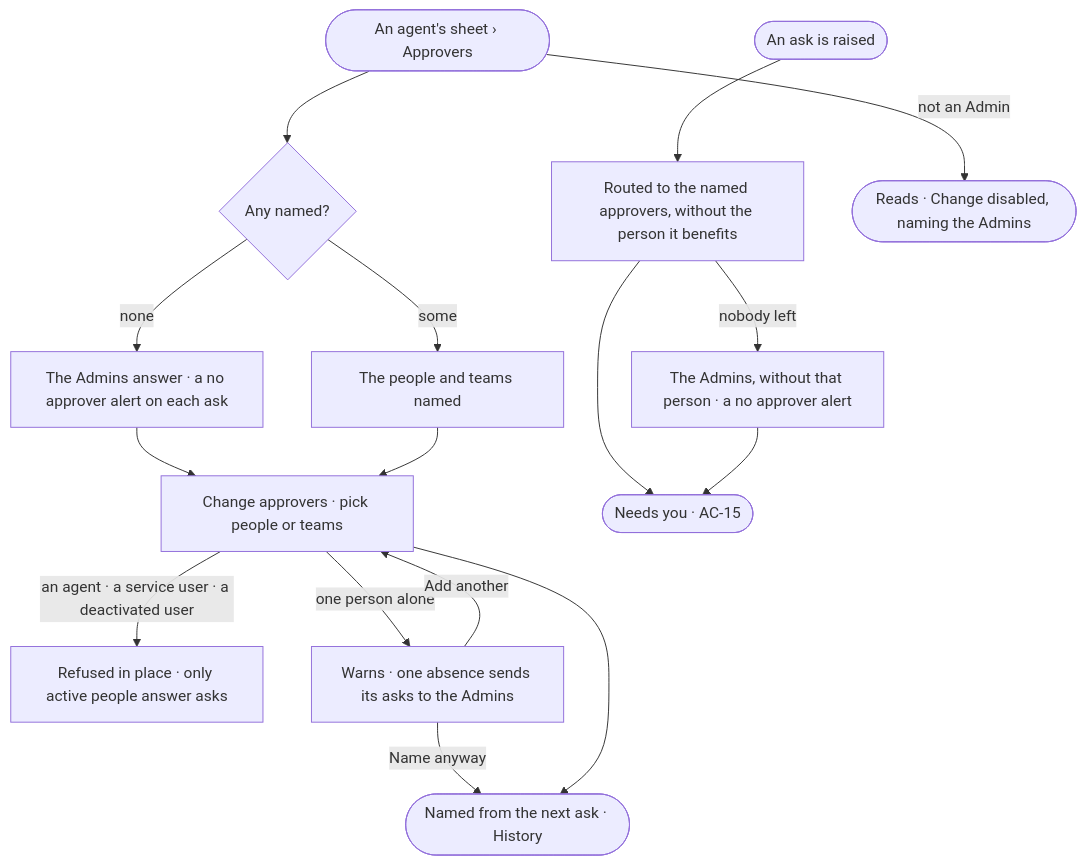
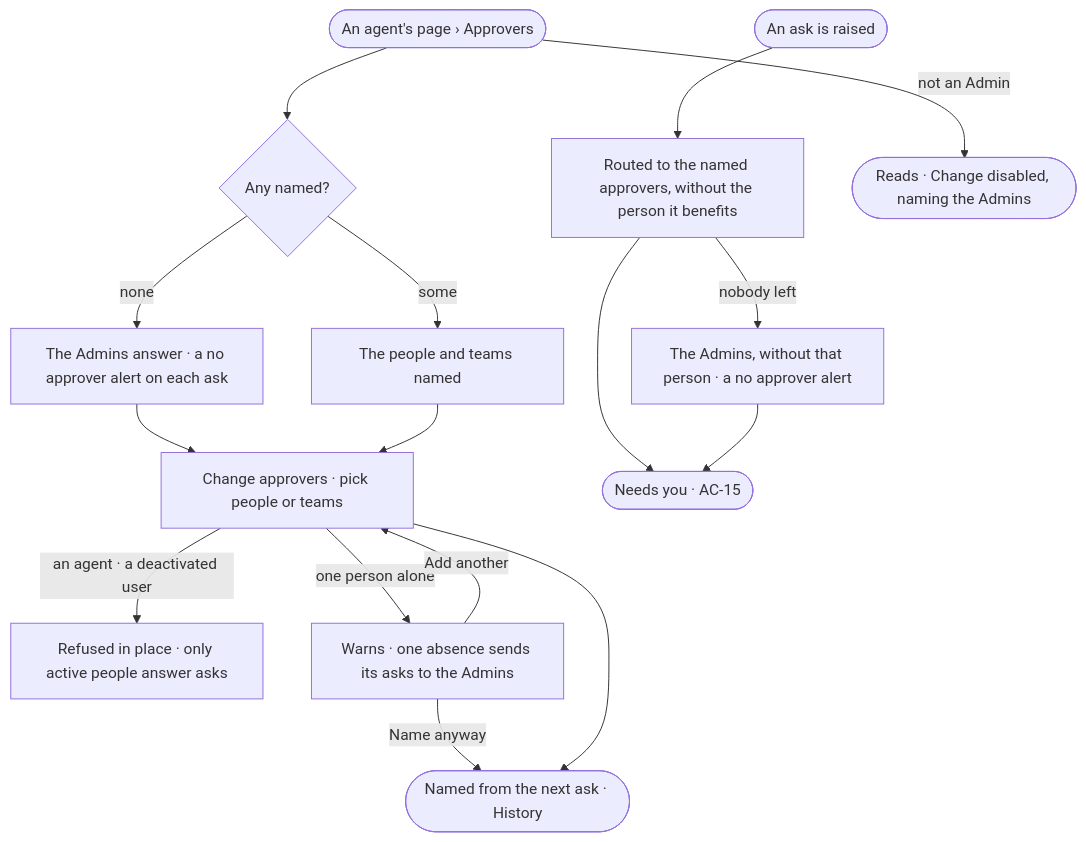
Before and after one commit to invana/invana: the diagram in specs/os/access/features/AC-F05-asks-and-approvals/stories/AC-26-name-who-answers-an-agents-asks/story.md, drawn with Mermaid. The commit also changed other lines of this file and 456 other files, not shown here.

````diff
--- a/specs/os/access/features/AC-F05-asks-and-approvals/stories/AC-26-name-who-answers-an-agents-asks/story.md
+++ b/specs/os/access/features/AC-F05-asks-and-approvals/stories/AC-26-name-who-answers-an-agents-asks/story.md
@@ -26,18 +28,18 @@
 ```mermaid
 flowchart TD
-  a([An agent's sheet › Approvers]) --> n{"Any named?"}
+  a([An agent's page › Approvers]) --> n{"Any named?"}
   n -->|none| adm["The Admins answer · a no approver alert on each ask"]
   n -->|some| l["The people and teams named"]
   adm --> ch["Change approvers · pick people or teams"]
   l --> ch
-  ch -->|an agent · a service user · a deactivated user| ref["Refused in place · only active people answer asks"]
+  ch -->|an agent · a deactivated user| ref["Refused in place · only active people answer asks"]
   ch -->|one person alone| warn["Warns · one absence sends its asks to the Admins"]
   warn -->|Name anyway| ok
   warn -->|Add another| ch
   ch --> ok(["Named from the next ask · History"])
   ask([An ask is raised]) --> rt["Routed to the named approvers, without the person it benefits"]
   rt -->|nobody left| fb["The Admins, without that person · a no approver alert"]
   rt --> inbox(["Needs you · AC-15"])
   fb --> inbox
   a -->|not an Admin| ro(["Reads · Change disabled, naming the Admins"])
 ```
````
